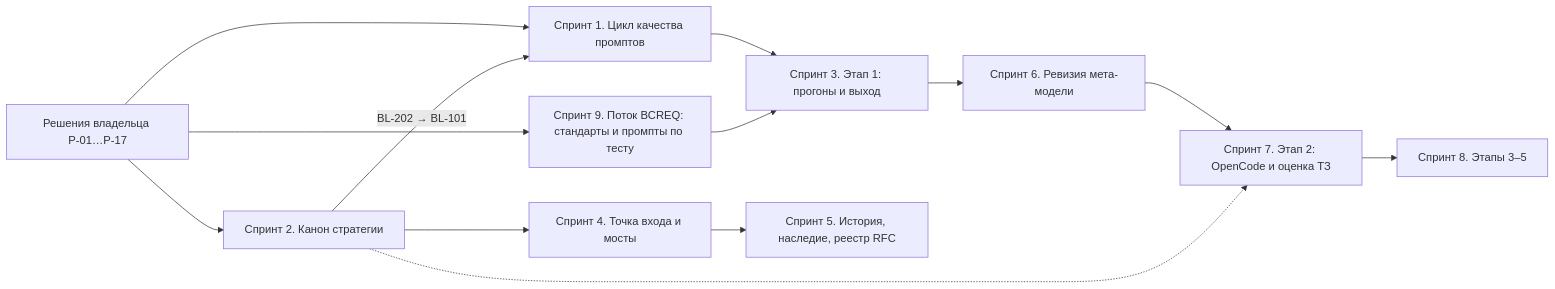
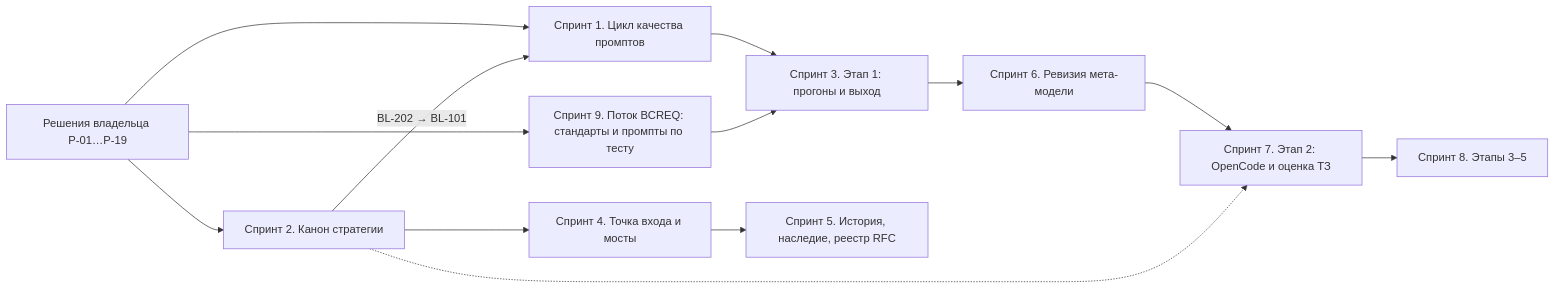
The diagram in pr-ops/BACKLOG.md (G-Ivan-A/mango_ba_prompts), drawn with Mermaid before and after one commit. The commit also changed other lines of this file and 19 other files, not shown here.

````diff
--- a/pr-ops/BACKLOG.md
+++ b/pr-ops/BACKLOG.md
@@ -92,15 +94,15 @@
 ```mermaid
 flowchart LR
-    R["Решения владельца Р-01…Р-17"] --> S1["Спринт 1. Цикл качества промптов"]
+    R["Решения владельца Р-01…Р-19"] --> S1["Спринт 1. Цикл качества промптов"]
     R --> S2["Спринт 2. Канон стратегии"]
     S2 -->|"BL-202 → BL-101"| S1
     S1 --> S3["Спринт 3. Этап 1: прогоны и выход"]
     S3 --> S6["Спринт 6. Ревизия мета-модели"]
     S6 --> S7["Спринт 7. Этап 2: OpenCode и оценка ТЗ"]
     S7 --> S8["Спринт 8. Этапы 3–5"]
     S2 --> S4["Спринт 4. Точка входа и мосты"]
     S4 --> S5["Спринт 5. История, наследие, реестр RFC"]
     S2 -.-> S7
     R --> S9["Спринт 9. Поток BCREQ: стандарты и промпты по тесту"]
     S9 --> S3
 ```
````
